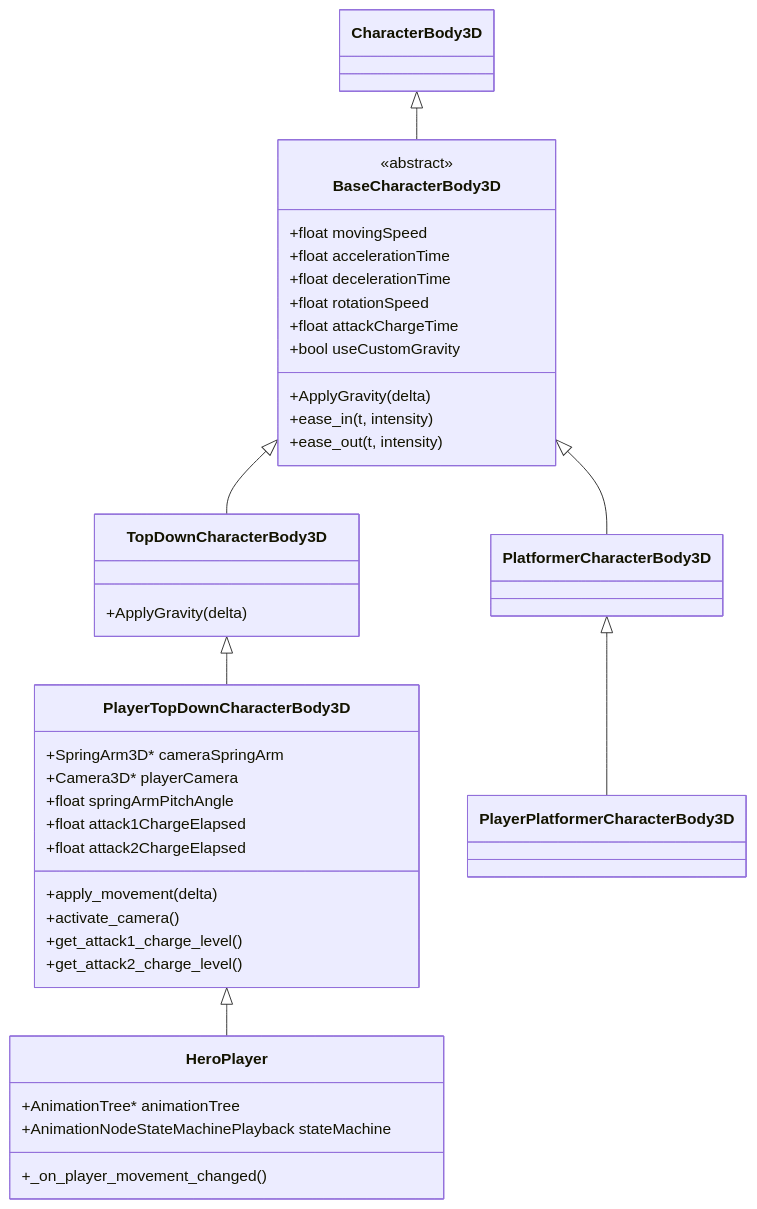
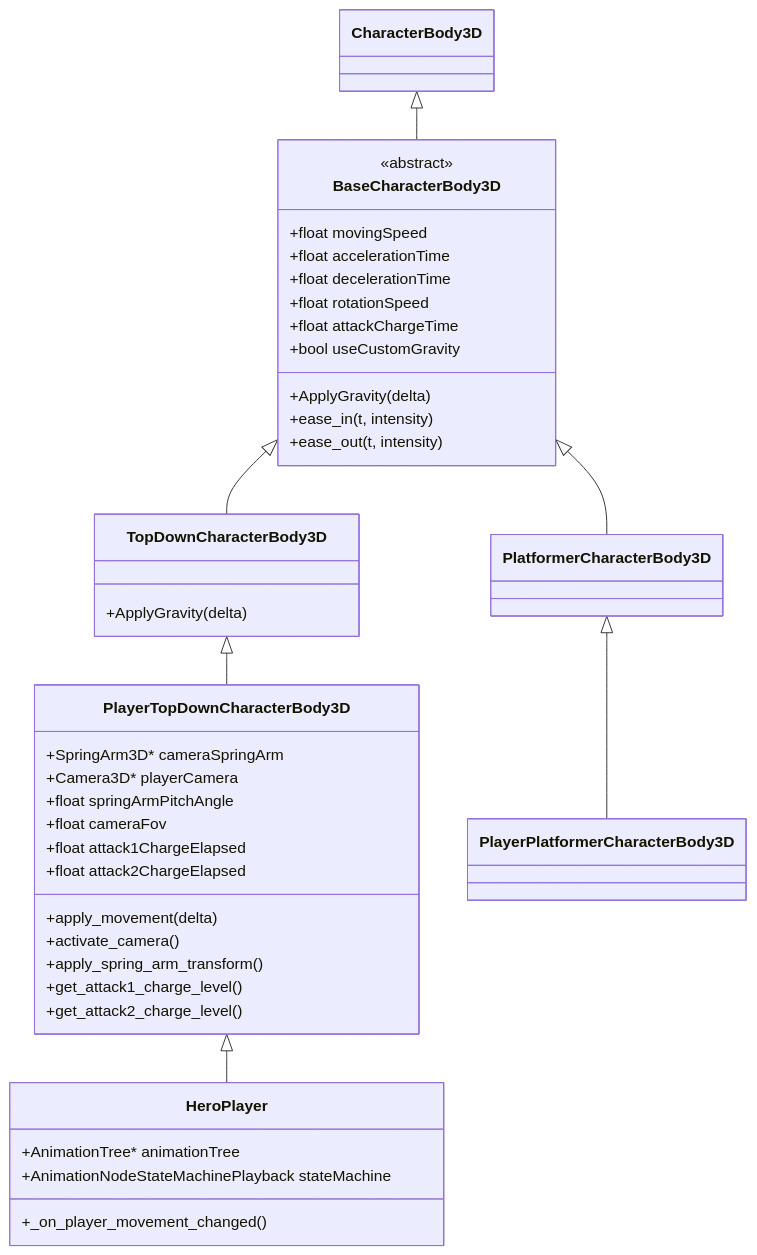
One commit to morcillo-alex/gems-and-souls changed the seventh of 7 diagrams in documentation/game-design-document.md. Above: the diagram before and after it, drawn with Mermaid. The commit also changed other lines of this file and 6 other files, not shown here.

Commit message:
refined camera system: fixed configuration bug, added FOV property, and updated references to Moonlighter 2 style

````diff
--- a/documentation/game-design-document.md
+++ b/documentation/game-design-document.md
@@ -711,44 +714,46 @@
 ```mermaid
 classDiagram
     CharacterBody3D <|-- BaseCharacterBody3D
     BaseCharacterBody3D <|-- TopDownCharacterBody3D
     BaseCharacterBody3D <|-- PlatformerCharacterBody3D
     TopDownCharacterBody3D <|-- PlayerTopDownCharacterBody3D
     PlatformerCharacterBody3D <|-- PlayerPlatformerCharacterBody3D
     PlayerTopDownCharacterBody3D <|-- HeroPlayer
 
     class BaseCharacterBody3D {
         <<abstract>>
         +float movingSpeed
         +float accelerationTime
         +float decelerationTime
         +float rotationSpeed
         +float attackChargeTime
         +bool useCustomGravity
         +ApplyGravity(delta)
         +ease_in(t, intensity)
         +ease_out(t, intensity)
     }
 
     class TopDownCharacterBody3D {
         +ApplyGravity(delta)
     }
 
     class PlayerTopDownCharacterBody3D {
         +SpringArm3D* cameraSpringArm
         +Camera3D* playerCamera
         +float springArmPitchAngle
+        +float cameraFov
         +float attack1ChargeElapsed
         +float attack2ChargeElapsed
         +apply_movement(delta)
         +activate_camera()
+        +apply_spring_arm_transform()
         +get_attack1_charge_level()
         +get_attack2_charge_level()
     }
 
     class HeroPlayer {
         +AnimationTree* animationTree
         +AnimationNodeStateMachinePlayback stateMachine
         +_on_player_movement_changed()
     }
 ```
````
